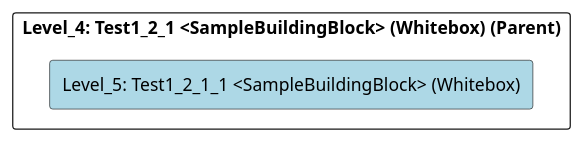
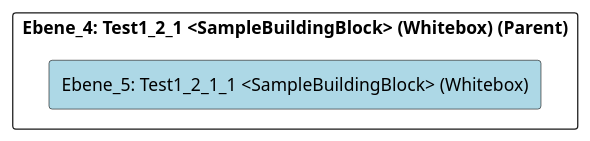
The diagram in src/cleon.architecturemethods.arc42.sample/doc/cleon_architecturemethods_arc42_sample_arc42/adoc/de/05_bausteinsicht/chess/test1/test1_2/test1_2_1/test1_2_1_1/ebene_5_test1_2_1_1.adoc (marcozwyssig/cleon), drawn with PlantUML before and after one commit. The commit also changed other lines of this file and 214 other files, not shown here.

```diff
--- a/src/cleon.architecturemethods.arc42.sample/doc/cleon_architecturemethods_arc42_sample_arc42/adoc/de/05_bausteinsicht/chess/test1/test1_2/test1_2_1/test1_2_1_1/ebene_5_test1_2_1_1.adoc
+++ b/src/cleon.architecturemethods.arc42.sample/doc/cleon_architecturemethods_arc42_sample_arc42/adoc/de/05_bausteinsicht/chess/test1/test1_2/test1_2_1/test1_2_1_1/ebene_5_test1_2_1_1.adoc
@@ -20,24 +20,24 @@
-[plantuml, Level_5: Test1_2_1_1 <SampleBuildingBlock> (Whitebox)BlockOverview, format="svg"]
+[plantuml, Ebene_5: Test1_2_1_1 <SampleBuildingBlock> (Whitebox)BlockOverview, format="svg"]
 ----
-@startuml Level_5: Test1_2_1_1 <SampleBuildingBlock> (Whitebox)BuildingBlockOverview
+@startuml Ebene_5: Test1_2_1_1 <SampleBuildingBlock> (Whitebox)BuildingBlockOverview
 
 skinparam ranksep 10
 skinparam componentStyle rectangle
 skinparam shadowing false
 skinparam arrowColor lightblue
 skinparam arrowThickness 1.2
 skinparam rectangle {
   BackgroundColor White
   BorderColor #333
   RoundCorner 10
 }
 top to bottom direction
 
-component "Level_4: Test1_2_1 <SampleBuildingBlock> (Whitebox) (Parent)" {
-    component "Level_5: Test1_2_1_1 <SampleBuildingBlock> (Whitebox)" #lightblue {
+component "Ebene_4: Test1_2_1 <SampleBuildingBlock> (Whitebox) (Parent)" {
+    component "Ebene_5: Test1_2_1_1 <SampleBuildingBlock> (Whitebox)" #lightblue {
     }
 
 }
 
 @enduml
 ----
```
